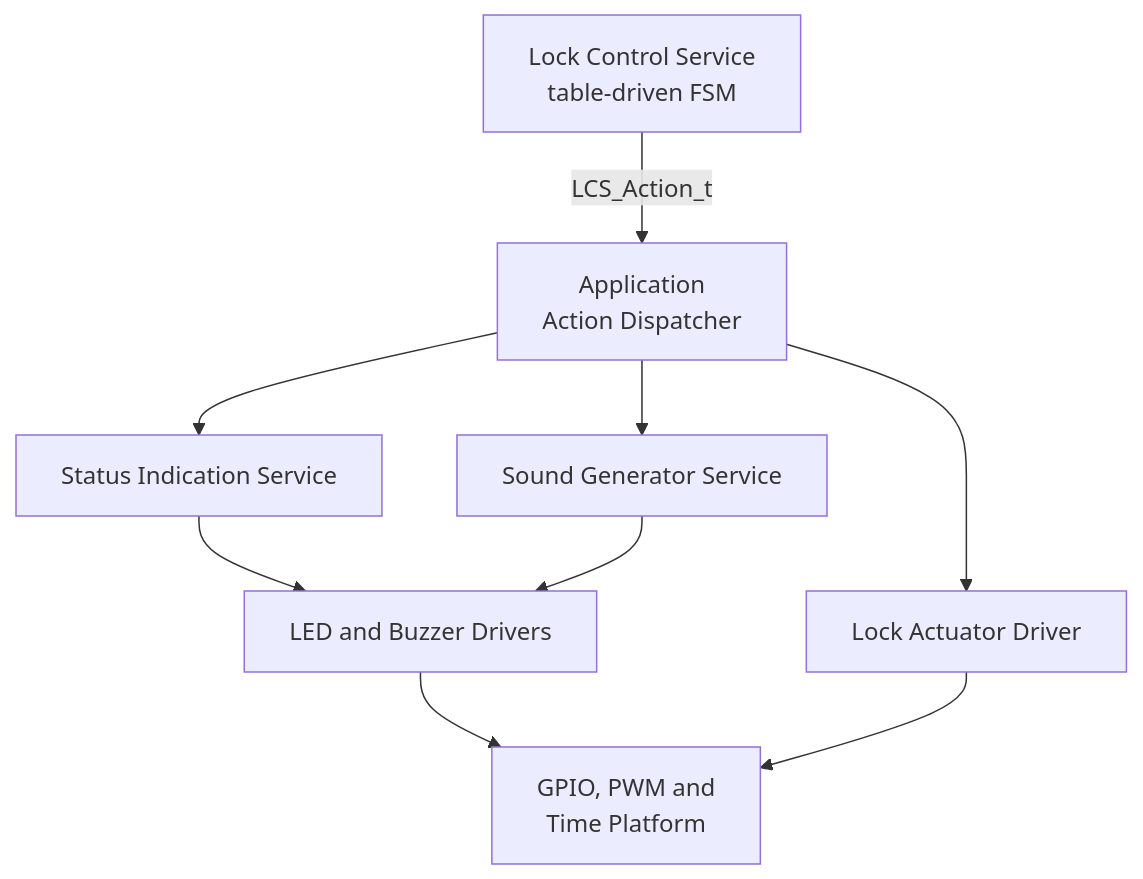
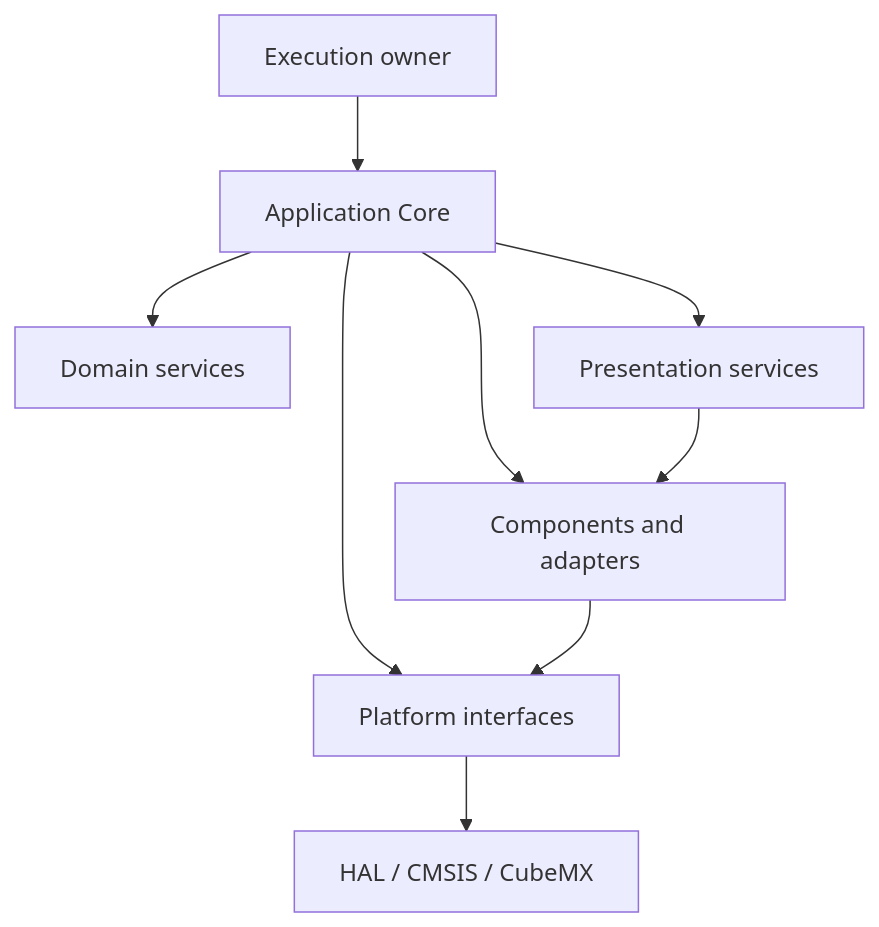
The diagram in README.md (JP-REY/STM32F103C8T6-Based-Electronic-Lock), drawn with Mermaid before and after one commit. The commit also changed other lines of this file and 1 other file, not shown here.

Commit message:
docs(app-core): add app core layer complete documentadion README.md and refactors root README.md project

````diff
--- a/README.md
+++ b/README.md
@@ -576,19 +161,19 @@
-```mermaid
+~~~mermaid
 flowchart TB
-    LOCK["Lock Control Service<br/>table-driven FSM"]
-    APP["Application<br/>Action Dispatcher"]
-    STATUS["Status Indication Service"]
-    SOUND["Sound Generator Service"]
-    COMPONENTS["LED and Buzzer Drivers"]
-    ACTUATOR["Lock Actuator Driver"]
-    PLATFORM["GPIO, PWM and<br/> Time Platform"]
+    MAIN["Execution owner"]
+    APP["Application Core"]
+    DOMAIN["Domain services"]
+    UI["Presentation services"]
+    COMPONENTS["Components and adapters"]
+    PLATFORM["Platform interfaces"]
+    HAL["HAL / CMSIS / CubeMX"]
 
-    LOCK -->|"LCS_Action_t"| APP
-    APP --> STATUS
-    APP --> SOUND
-    APP --> ACTUATOR
-    STATUS --> COMPONENTS
-    SOUND --> COMPONENTS
+    MAIN --> APP
+    APP --> DOMAIN
+    APP --> UI
+    APP --> COMPONENTS
+    APP --> PLATFORM
+    UI --> COMPONENTS
     COMPONENTS --> PLATFORM
-    ACTUATOR --> PLATFORM
-```
+    PLATFORM --> HAL
+~~~
````
